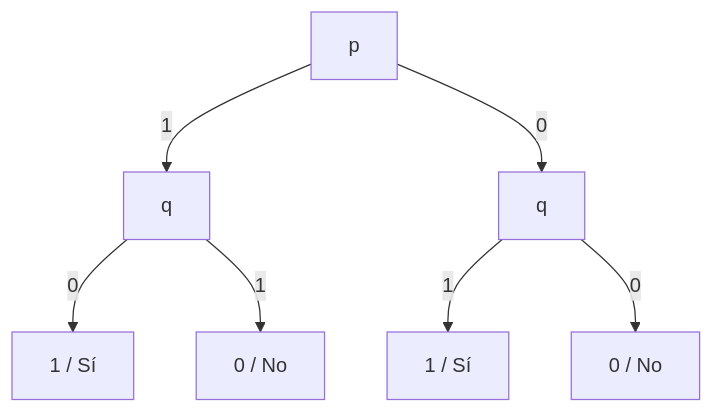
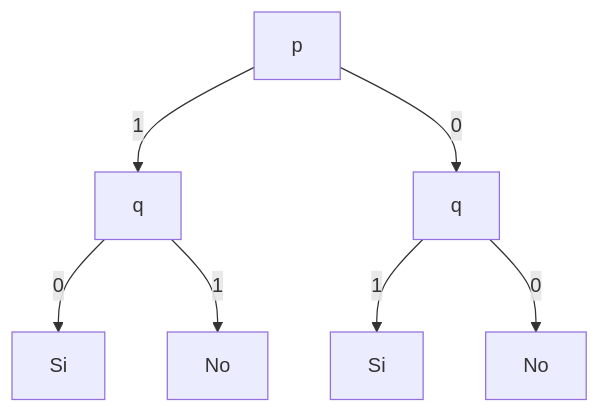
The second of 5 diagrams in practicos/practico 2/resultados/ejercicio_01.md (santrodriguez21/aprendizaje-automatico), drawn with Mermaid before and after one commit. The commit also changed other lines of this file and 4 other files, not shown here.

````diff
--- a/practicos/practico 2/resultados/ejercicio_01.md
+++ b/practicos/practico 2/resultados/ejercicio_01.md
@@ -73,9 +61,9 @@
 ```mermaid
 graph TD
     P[p] -->|1| Q1[q]
     P -->|0| Q2[q]
-    Q1 -->|0| S1[1 / Sí]
-    Q1 -->|1| N1[0 / No]
-    Q2 -->|1| S2[1 / Sí]
-    Q2 -->|0| N2[0 / No]
+    Q1 -->|0| S1[Si]
+    Q1 -->|1| N1[No]
+    Q2 -->|1| S2[Si]
+    Q2 -->|0| N2[No]
 ```
````
